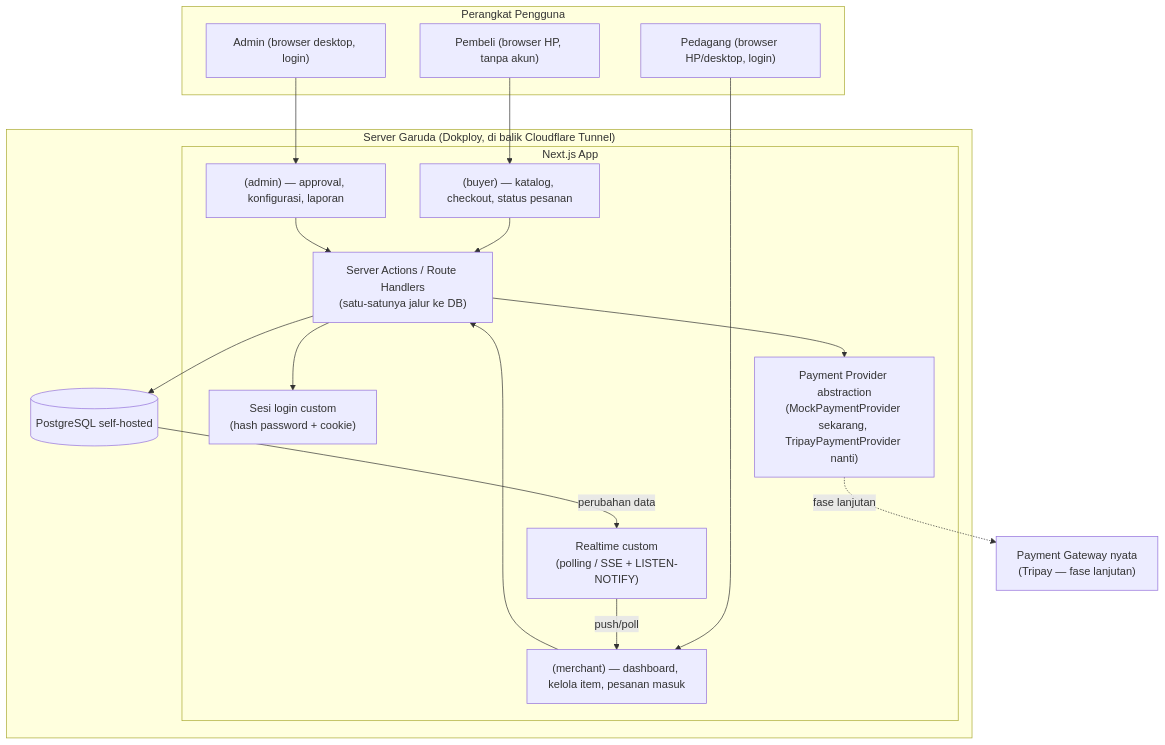
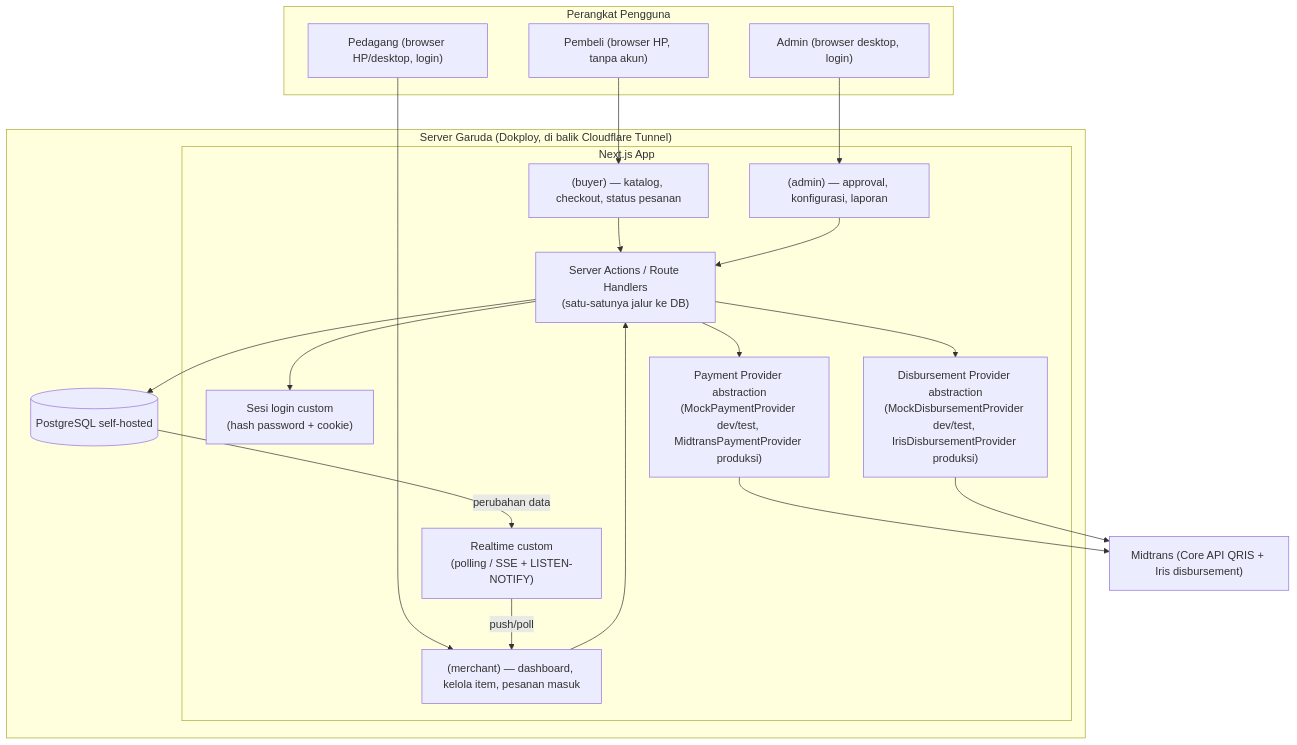
The diagram in docs/ARSITEKTUR-SISTEM.md (WeirdoKitten/My-Gerai), drawn with Mermaid before and after one commit. The commit also changed other lines of this file and 9 other files, not shown here.

First line of the commit message:
docs: ground truth Fase 6 — payment Midtrans + Pencairan otomatis (Model B)

````diff
--- a/docs/ARSITEKTUR-SISTEM.md
+++ b/docs/ARSITEKTUR-SISTEM.md
@@ -7,33 +7,36 @@
 ```mermaid
 flowchart TB
     subgraph Client["Perangkat Pengguna"]
         Buyer["Pembeli (browser HP, tanpa akun)"]
         Merchant["Pedagang (browser HP/desktop, login)"]
         Admin["Admin (browser desktop, login)"]
     end
 
     subgraph Server["Server Garuda (Dokploy, di balik Cloudflare Tunnel)"]
         subgraph App["Next.js App"]
             BuyerRoutes["(buyer) — katalog, checkout, status pesanan"]
             MerchantRoutes["(merchant) — dashboard, kelola item, pesanan masuk"]
             AdminRoutes["(admin) — approval, konfigurasi, laporan"]
             API["Server Actions / Route Handlers\n(satu-satunya jalur ke DB)"]
             AuthCustom["Sesi login custom\n(hash password + cookie)"]
             RTCustom["Realtime custom\n(polling / SSE + LISTEN-NOTIFY)"]
-            PP["Payment Provider abstraction\n(MockPaymentProvider sekarang, TripayPaymentProvider nanti)"]
+            PP["Payment Provider abstraction\n(MockPaymentProvider dev/test, MidtransPaymentProvider produksi)"]
+            DP["Disbursement Provider abstraction\n(MockDisbursementProvider dev/test, IrisDisbursementProvider produksi)"]
         end
         DB[("PostgreSQL self-hosted")]
     end
 
-    Gateway["Payment Gateway nyata\n(Tripay — fase lanjutan)"]
+    Gateway["Midtrans (Core API QRIS + Iris disbursement)"]
 
     Buyer --> BuyerRoutes --> API
     Merchant --> MerchantRoutes --> API
     Admin --> AdminRoutes --> API
     API --> AuthCustom
     API --> DB
     API --> PP
-    PP -.fase lanjutan.-> Gateway
+    API --> DP
+    PP --> Gateway
+    DP --> Gateway
     DB -- perubahan data --> RTCustom
     RTCustom -- push/poll --> MerchantRoutes
 ```
````
